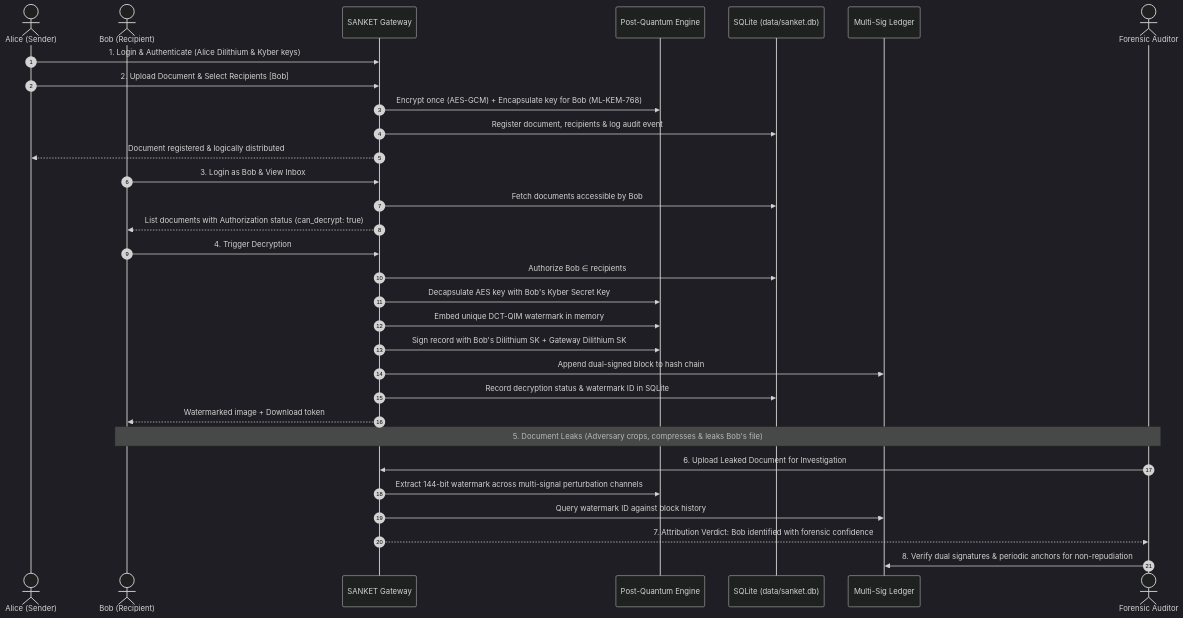
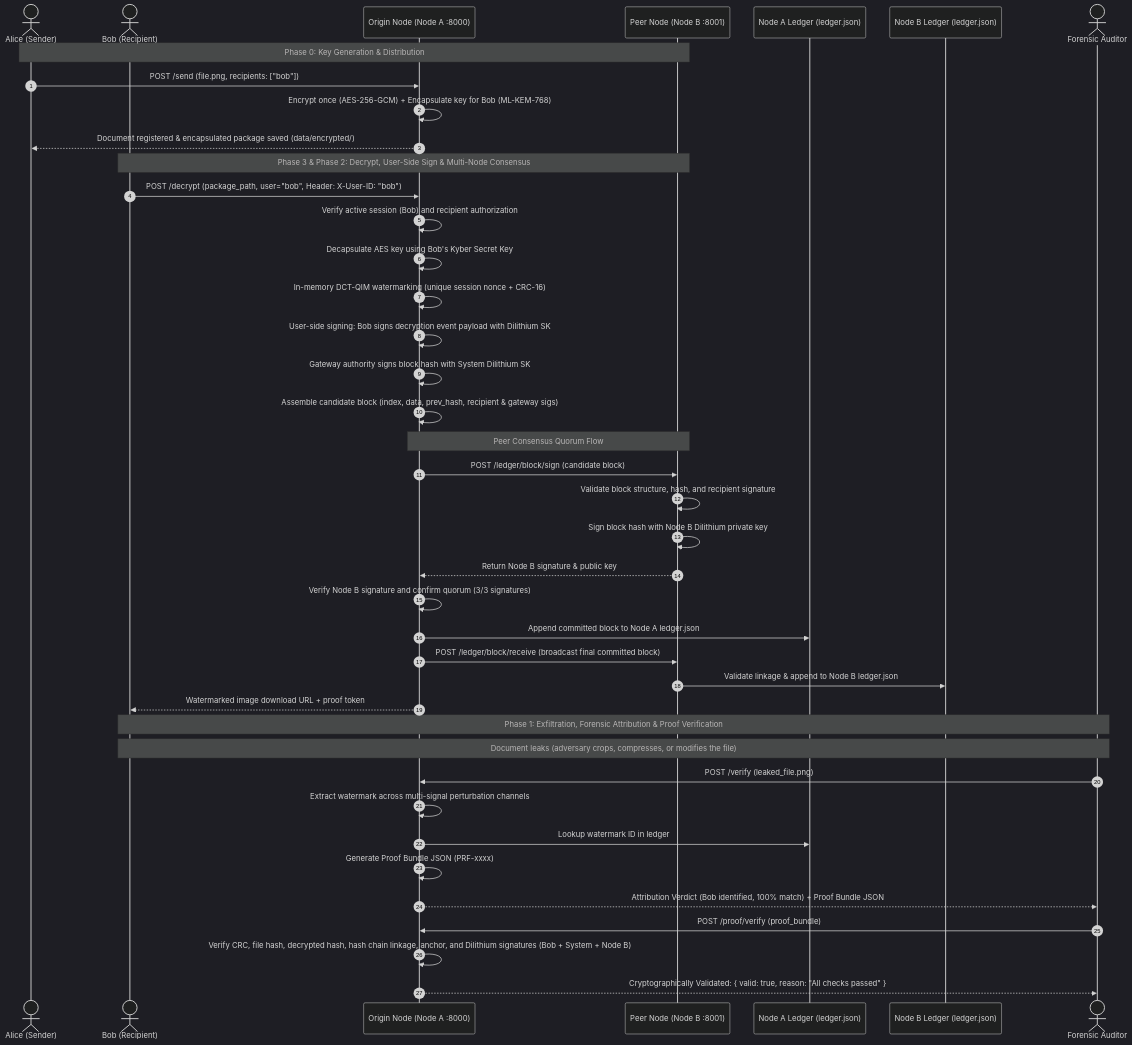
One commit to SuyashGargote/SANKET changed the second of 2 diagrams in README.md. Above: the diagram before and after it, drawn with Mermaid (dark theme). The commit also changed other lines of this file and 21 other files, not shown here.

````diff
--- a/README.md
+++ b/README.md
@@ -66,37 +94,47 @@
 ```mermaid
 sequenceDiagram
     autonumber
     actor Alice as Alice (Sender)
     actor Bob as Bob (Recipient)
-    participant API as SANKET Gateway
-    participant PQC as Post-Quantum Engine
-    participant DB as SQLite (data/sanket.db)
-    participant Ledger as Multi-Sig Ledger
+    participant Origin as Origin Node (Node A :8000)
+    participant Peer as Peer Node (Node B :8001)
+    participant LocalLedger as Node A Ledger (ledger.json)
+    participant PeerLedger as Node B Ledger (ledger.json)
     actor Auditor as Forensic Auditor
 
-    Alice->>API: 1. Login & Authenticate (Alice Dilithium & Kyber keys)
-    Alice->>API: 2. Upload Document & Select Recipients [Bob]
-    API->>PQC: Encrypt once (AES-GCM) + Encapsulate key for Bob (ML-KEM-768)
-    API->>DB: Register document, recipients & log audit event
-    API-->>Alice: Document registered & logically distributed
+    Note over Alice,Peer: Phase 0: Key Generation & Distribution
+    Alice->>Origin: POST /send (file.png, recipients: ["bob"])
+    Origin->>Origin: Encrypt once (AES-256-GCM) + Encapsulate key for Bob (ML-KEM-768)
+    Origin-->>Alice: Document registered & encapsulated package saved (data/encrypted/)
 
-    Bob->>API: 3. Login as Bob & View Inbox
-    API->>DB: Fetch documents accessible by Bob
-    API-->>Bob: List documents with Authorization status (can_decrypt: true)
+    Note over Bob,Peer: Phase 3 & Phase 2: Decrypt, User-Side Sign & Multi-Node Consensus
+    Bob->>Origin: POST /decrypt (package_path, user="bob", Header: X-User-ID: "bob")
+    Origin->>Origin: Verify active session (Bob) and recipient authorization
+    Origin->>Origin: Decapsulate AES key using Bob's Kyber Secret Key
+    Origin->>Origin: In-memory DCT-QIM watermarking (unique session nonce + CRC-16)
+    Origin->>Origin: User-side signing: Bob signs decryption event payload with Dilithium SK
+    Origin->>Origin: Gateway authority signs block hash with System Dilithium SK
+    Origin->>Origin: Assemble candidate block (index, data, prev_hash, recipient & gateway sigs)
 
-    Bob->>API: 4. Trigger Decryption
-    API->>DB: Authorize Bob ∈ recipients
-    API->>PQC: Decapsulate AES key with Bob's Kyber Secret Key
-    API->>PQC: Embed unique DCT-QIM watermark in memory
-    API->>PQC: Sign record with Bob's Dilithium SK + Gateway Dilithium SK
-    API->>Ledger: Append dual-signed block to hash chain
-    API->>DB: Record decryption status & watermark ID in SQLite
-    API-->>Bob: Watermarked image + Download token
+    Note over Origin,Peer: Peer Consensus Quorum Flow
+    Origin->>Peer: POST /ledger/block/sign (candidate block)
+    Peer->>Peer: Validate block structure, hash, and recipient signature
+    Peer->>Peer: Sign block hash with Node B Dilithium private key
+    Peer-->>Origin: Return Node B signature & public key
+    Origin->>Origin: Verify Node B signature and confirm quorum (3/3 signatures)
+    Origin->>LocalLedger: Append committed block to Node A ledger.json
+    Origin->>Peer: POST /ledger/block/receive (broadcast final committed block)
+    Peer->>PeerLedger: Validate linkage & append to Node B ledger.json
+    Origin-->>Bob: Watermarked image download URL + proof token
 
-    Note over Bob,Auditor: 5. Document Leaks (Adversary crops, compresses & leaks Bob's file)
-    Auditor->>API: 6. Upload Leaked Document for Investigation
-    API->>PQC: Extract 144-bit watermark across multi-signal perturbation channels
-    API->>Ledger: Query watermark ID against block history
-    API-->>Auditor: 7. Attribution Verdict: Bob identified with forensic confidence
-    Auditor->>Ledger: 8. Verify dual signatures & periodic anchors for non-repudiation
+    Note over Bob,Auditor: Phase 1: Exfiltration, Forensic Attribution & Proof Verification
+    Note over Bob,Auditor: Document leaks (adversary crops, compresses, or modifies the file)
+    Auditor->>Origin: POST /verify (leaked_file.png)
+    Origin->>Origin: Extract watermark across multi-signal perturbation channels
+    Origin->>LocalLedger: Lookup watermark ID in ledger
+    Origin->>Origin: Generate Proof Bundle JSON (PRF-xxxx)
+    Origin-->>Auditor: Attribution Verdict (Bob identified, 100% match) + Proof Bundle JSON
+    Auditor->>Origin: POST /proof/verify (proof_bundle)
+    Origin->>Origin: Verify CRC, file hash, decrypted hash, hash chain linkage, anchor, and Dilithium signatures (Bob + System + Node B)
+    Origin-->>Auditor: Cryptographically Validated: { valid: true, reason: "All checks passed" }
 ```
````
